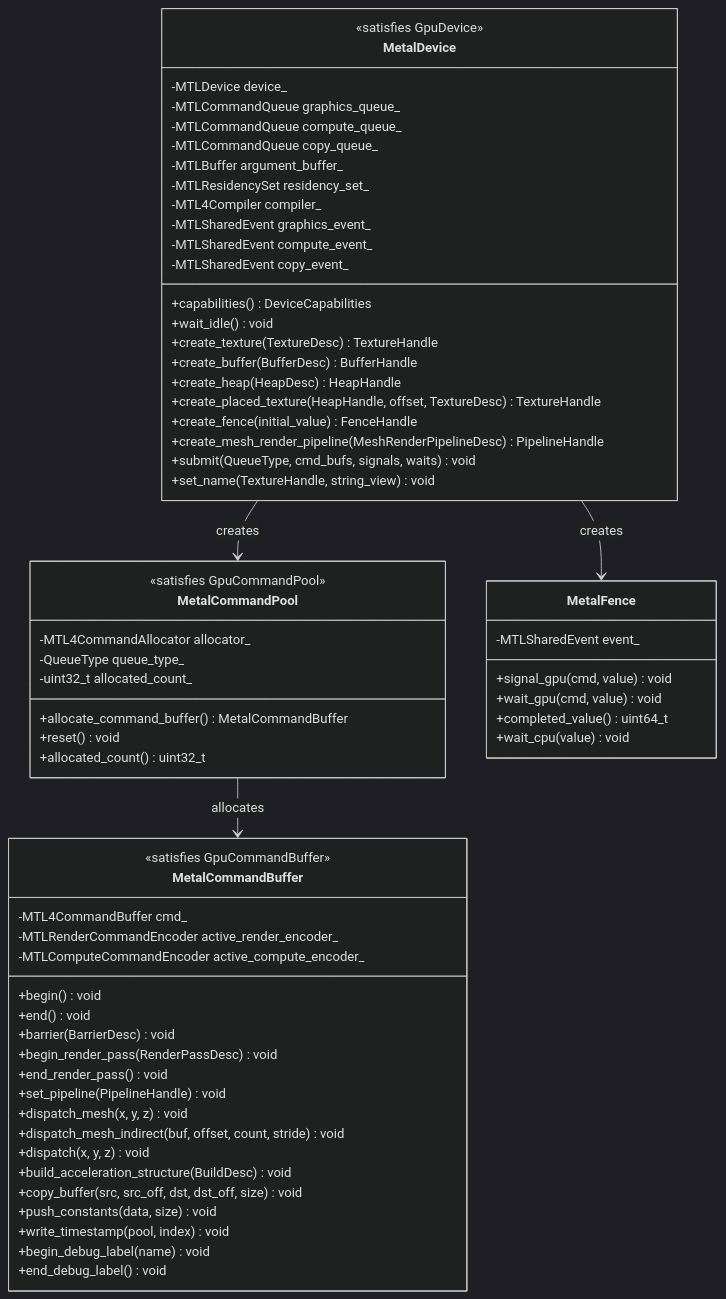
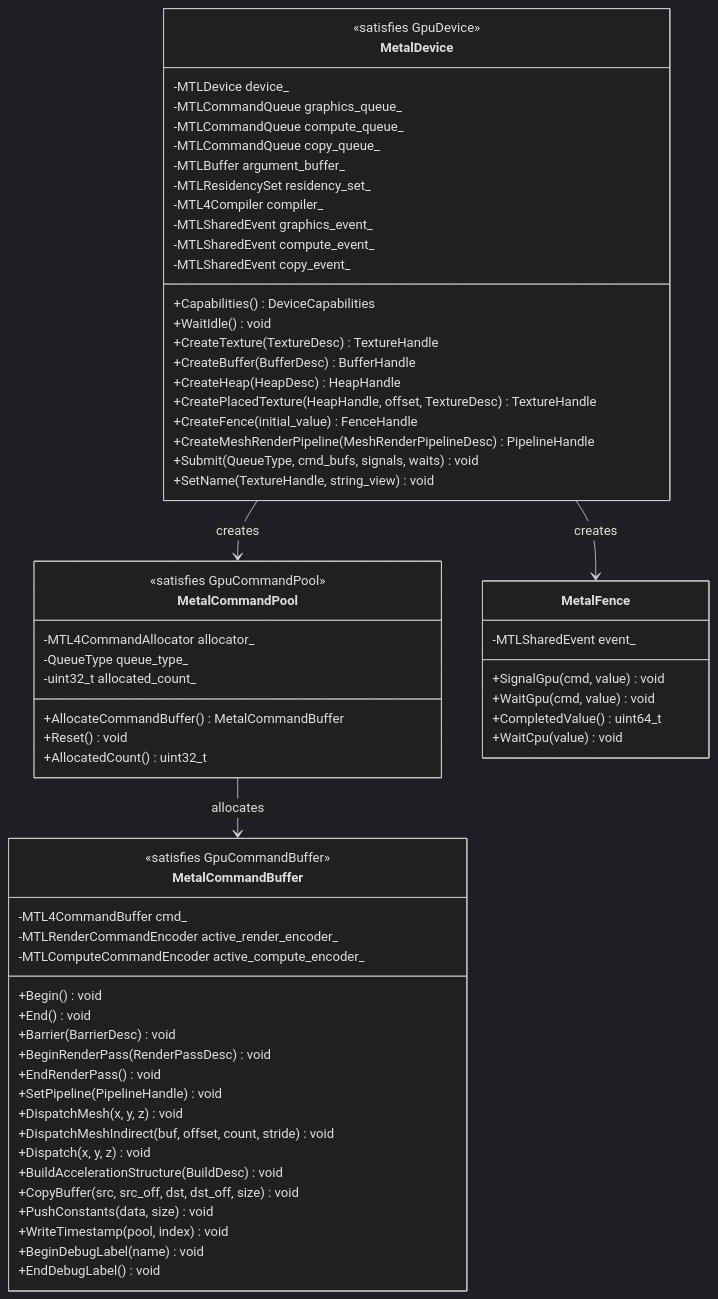
Before and after one commit to harmonius-dev/harmonius: the third of 3 diagrams in docs/design/gpu-backend-metal.md, drawn with Mermaid (dark theme). The commit also changed other lines of this file and 67 other files, not shown here.

````diff
--- a/docs/design/gpu-backend-metal.md
+++ b/docs/design/gpu-backend-metal.md
@@ -1017,70 +1017,70 @@
 ```mermaid
 classDiagram
     class MetalDevice {
         <<satisfies GpuDevice>>
         -MTLDevice device_
         -MTLCommandQueue graphics_queue_
         -MTLCommandQueue compute_queue_
         -MTLCommandQueue copy_queue_
         -MTLBuffer argument_buffer_
         -MTLResidencySet residency_set_
         -MTL4Compiler compiler_
         -MTLSharedEvent graphics_event_
         -MTLSharedEvent compute_event_
         -MTLSharedEvent copy_event_
-        +capabilities() DeviceCapabilities
-        +wait_idle() void
-        +create_texture(TextureDesc) TextureHandle
-        +create_buffer(BufferDesc) BufferHandle
-        +create_heap(HeapDesc) HeapHandle
-        +create_placed_texture(HeapHandle, offset, TextureDesc) TextureHandle
-        +create_fence(initial_value) FenceHandle
-        +create_mesh_render_pipeline(MeshRenderPipelineDesc) PipelineHandle
-        +submit(QueueType, cmd_bufs, signals, waits) void
-        +set_name(TextureHandle, string_view) void
+        +Capabilities() DeviceCapabilities
+        +WaitIdle() void
+        +CreateTexture(TextureDesc) TextureHandle
+        +CreateBuffer(BufferDesc) BufferHandle
+        +CreateHeap(HeapDesc) HeapHandle
+        +CreatePlacedTexture(HeapHandle, offset, TextureDesc) TextureHandle
+        +CreateFence(initial_value) FenceHandle
+        +CreateMeshRenderPipeline(MeshRenderPipelineDesc) PipelineHandle
+        +Submit(QueueType, cmd_bufs, signals, waits) void
+        +SetName(TextureHandle, string_view) void
     }
 
     class MetalCommandPool {
         <<satisfies GpuCommandPool>>
         -MTL4CommandAllocator allocator_
         -QueueType queue_type_
         -uint32_t allocated_count_
-        +allocate_command_buffer() MetalCommandBuffer
-        +reset() void
-        +allocated_count() uint32_t
+        +AllocateCommandBuffer() MetalCommandBuffer
+        +Reset() void
+        +AllocatedCount() uint32_t
     }
 
     class MetalCommandBuffer {
         <<satisfies GpuCommandBuffer>>
         -MTL4CommandBuffer cmd_
         -MTLRenderCommandEncoder active_render_encoder_
         -MTLComputeCommandEncoder active_compute_encoder_
-        +begin() void
-        +end() void
-        +barrier(BarrierDesc) void
-        +begin_render_pass(RenderPassDesc) void
-        +end_render_pass() void
-        +set_pipeline(PipelineHandle) void
-        +dispatch_mesh(x, y, z) void
-        +dispatch_mesh_indirect(buf, offset, count, stride) void
-        +dispatch(x, y, z) void
-        +build_acceleration_structure(BuildDesc) void
-        +copy_buffer(src, src_off, dst, dst_off, size) void
-        +push_constants(data, size) void
-        +write_timestamp(pool, index) void
-        +begin_debug_label(name) void
-        +end_debug_label() void
+        +Begin() void
+        +End() void
+        +Barrier(BarrierDesc) void
+        +BeginRenderPass(RenderPassDesc) void
+        +EndRenderPass() void
+        +SetPipeline(PipelineHandle) void
+        +DispatchMesh(x, y, z) void
+        +DispatchMeshIndirect(buf, offset, count, stride) void
+        +Dispatch(x, y, z) void
+        +BuildAccelerationStructure(BuildDesc) void
+        +CopyBuffer(src, src_off, dst, dst_off, size) void
+        +PushConstants(data, size) void
+        +WriteTimestamp(pool, index) void
+        +BeginDebugLabel(name) void
+        +EndDebugLabel() void
     }
 
     class MetalFence {
         -MTLSharedEvent event_
-        +signal_gpu(cmd, value) void
-        +wait_gpu(cmd, value) void
-        +completed_value() uint64_t
-        +wait_cpu(value) void
+        +SignalGpu(cmd, value) void
+        +WaitGpu(cmd, value) void
+        +CompletedValue() uint64_t
+        +WaitCpu(value) void
     }
 
     MetalDevice --> MetalCommandPool : creates
     MetalCommandPool --> MetalCommandBuffer : allocates
     MetalDevice --> MetalFence : creates
 ```
````
